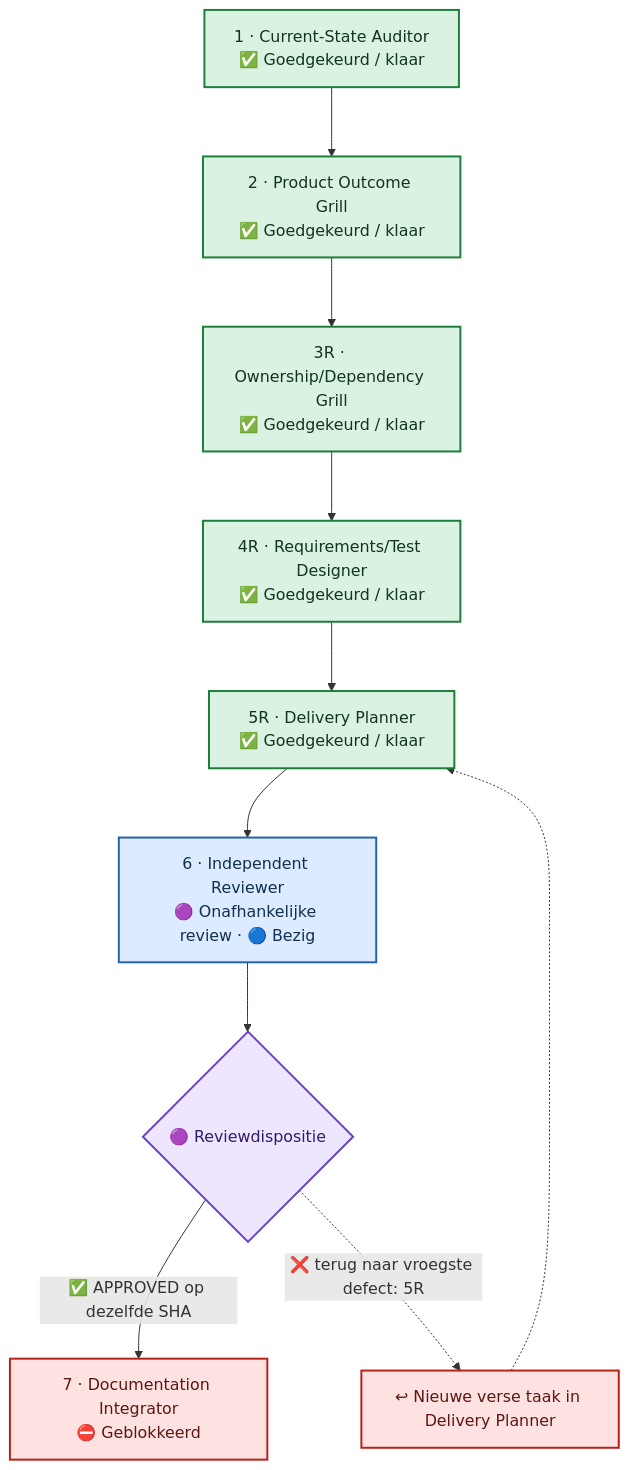
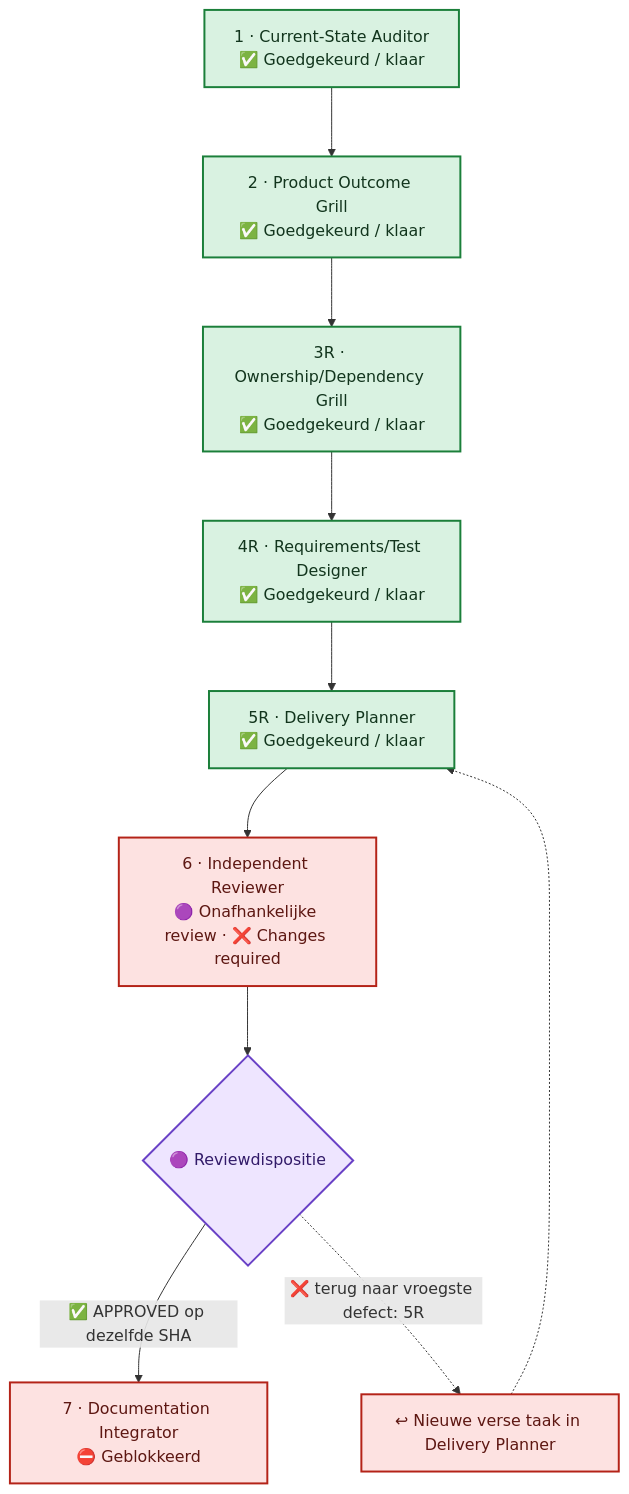
One commit to Jandesch91/n1-bioforge-requirements-cockpit changed the first of 2 diagrams in README.md. Above: the diagram before and after it, drawn with Mermaid. The commit also changed other lines of this file and 3 other files, not shown here.

````diff
--- a/README.md
+++ b/README.md
@@ -19,34 +19,34 @@
 ```mermaid
 %%{init: {"flowchart": {"curve": "basis", "nodeSpacing": 60, "rankSpacing": 70, "htmlLabels": true}}}%%
 flowchart TB
     %% A vertical main lane prevents crossing arrows. The review return uses one side lane.
     phase_1["1 · Current-State Auditor<br/>✅ Goedgekeurd / klaar"]
     phase_2["2 · Product Outcome Grill<br/>✅ Goedgekeurd / klaar"]
     phase_3r["3R · Ownership/Dependency Grill<br/>✅ Goedgekeurd / klaar"]
     phase_4r["4R · Requirements/Test Designer<br/>✅ Goedgekeurd / klaar"]
     phase_5r["5R · Delivery Planner<br/>✅ Goedgekeurd / klaar"]
-    phase_6["6 · Independent Reviewer<br/>🟣 Onafhankelijke review · 🔵 Bezig"]
+    phase_6["6 · Independent Reviewer<br/>🟣 Onafhankelijke review · ❌ Changes required"]
     phase_7["7 · Documentation Integrator<br/>⛔ Geblokkeerd"]
     phase_1 --> phase_2 --> phase_3r --> phase_4r --> phase_5r --> phase_6
     review_decision{"🟣 Reviewdispositie"}
     phase_6 --> review_decision
     review_decision -->|"✅ APPROVED op dezelfde SHA"| phase_7
     review_decision -.->|"❌ terug naar vroegste defect: 5R"| return_lane["↩ Nieuwe verse taak in Delivery Planner"]
     return_lane -.-> phase_5r
     classDef approved fill:#D9F2E1,stroke:#1B7F3A,color:#12351D,stroke-width:2px
     classDef inprogress fill:#DCEBFF,stroke:#2463A6,color:#12304F,stroke-width:2px
     classDef human fill:#FFF2BF,stroke:#A66B00,color:#4D3300,stroke-width:2px
     classDef changes fill:#FDE2E1,stroke:#B42318,color:#5D1712,stroke-width:2px
     classDef blocked fill:#FDE2E1,stroke:#B42318,color:#5D1712,stroke-width:2px
     classDef notstarted fill:#F2F4F7,stroke:#667085,color:#344054,stroke-width:2px
     classDef review fill:#EEE5FF,stroke:#6941C6,color:#321B69,stroke-width:2px
     class phase_1 approved
     class phase_2 approved
     class phase_3r approved
     class phase_4r approved
     class phase_5r approved
-    class phase_6 inprogress
+    class phase_6 changes
     class phase_7 blocked
     class return_lane blocked
     class review_decision review
 ```
````
